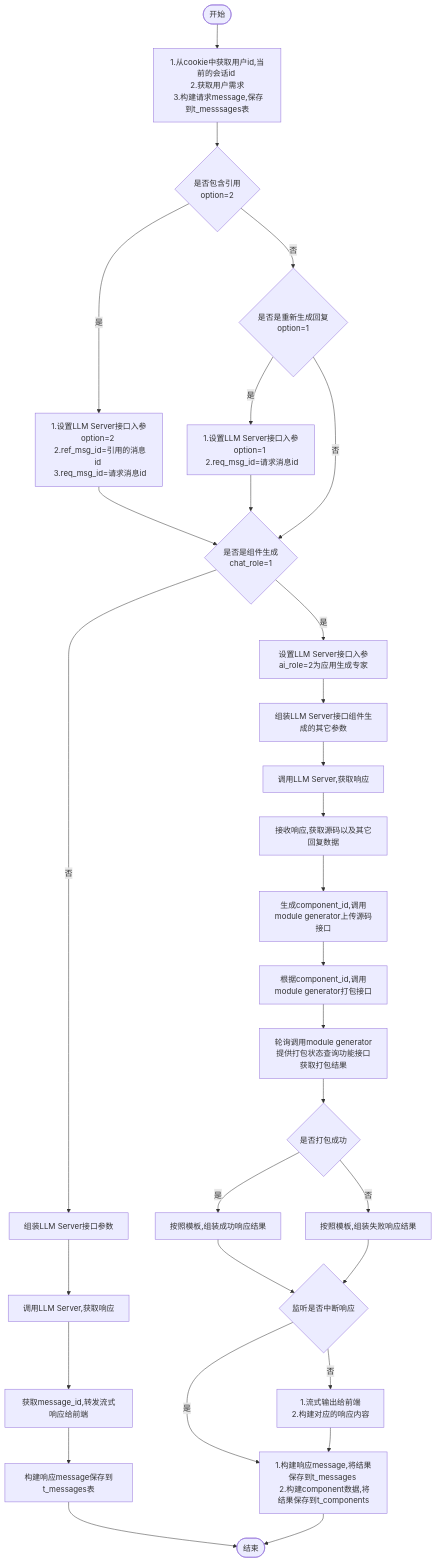
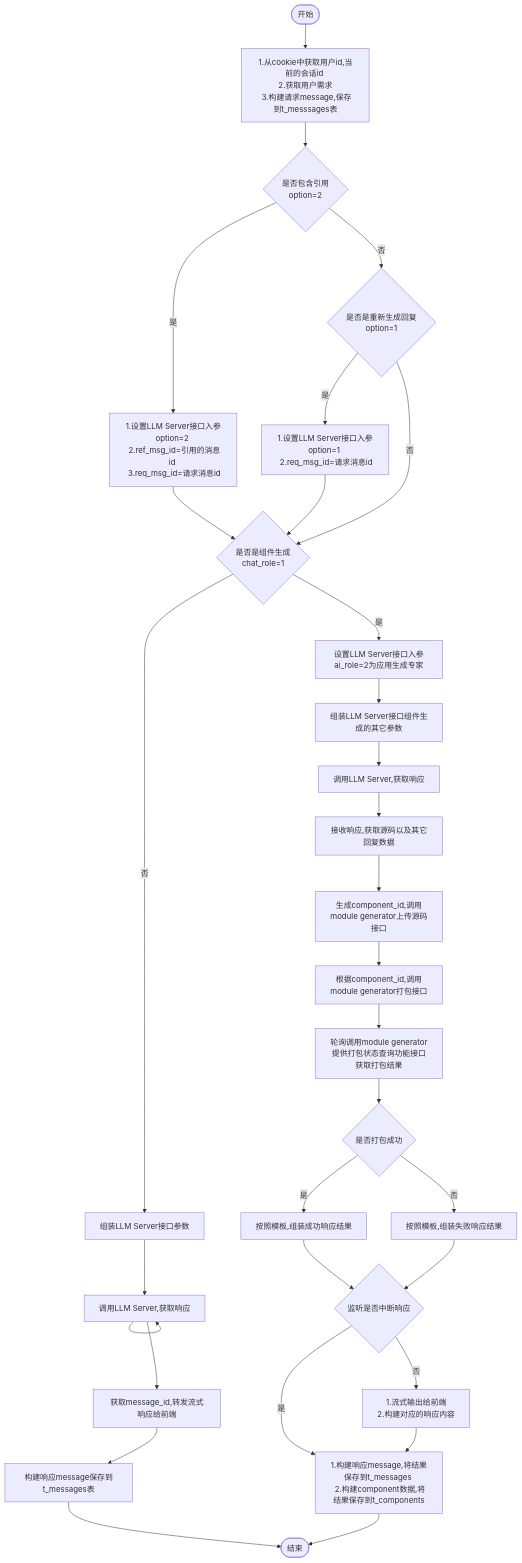
The diagram in all/未命名-8.md (yingjianzh/iodraw-files), drawn with Mermaid before and after one commit.

Commit message:
2024-10-16 09:17:31 update

````diff
--- a/all/未命名-8.md
+++ b/all/未命名-8.md
@@ -1,37 +1,37 @@
 ```mermaid
 flowchart TD
     A([开始]) --> B[1.从cookie中获取用户id,当前的会话id \n 2.获取用户需求 \n 3.构建请求message,保存到t_messsages表]
     B--> D{是否包含引用 \n option=2}
     D -- 是 --> E[1.设置LLM Server接口入参option=2 \n 2.ref_msg_id=引用的消息id \n 3.req_msg_id=请求消息id]
     D -- 否 --> F{是否是重新生成回复\n option=1}
     F -- 是 --> G[1.设置LLM Server接口入参option=1 \n 2.req_msg_id=请求消息id]
     F -- 否 --> I
      
     E & G --> I{是否是组件生成 \n chat_role=1}
     I -- 否 --> M[组装LLM Server接口参数] 
     I -- 是 --> J[设置LLM Server接口入参ai_role=2为应用生成专家]
     
 
     J --> L[组装LLM Server接口组件生成的其它参数]    
     M --> N[调用LLM Server,获取响应]
-        
+    N -->    
     N --> O[获取message_id,转发流式响应给前端]
     O --> P[构建响应message保存到t_messages表]
     P --> R([结束])
 
 
     L --> S[调用LLM Server,获取响应]
     S --> T[接收响应,获取源码以及其它回复数据]
     T --> U[生成component_id,调用module generator上传源码接口]
     U --> V[根据component_id,调用module generator打包接口]
     V --> W[轮询调用module generator提供打包状态查询功能接口获取打包结果]
     W --> X{是否打包成功}
     X -- 是 --> Y[按照模板,组装成功响应结果]
     X -- 否 --> Z[按照模板,组装失败响应结果]
     Y & Z --> Done{监听是否中断响应}
     Done -- 是 --> Result
     Done -- 否 --> OutPut[1.流式输出给前端 \n 2.构建对应的响应内容]
 
     OutPut --> Result[1.构建响应message,将结果保存到t_messages \n 2.构建component数据,将结果保存到t_components]
     Result --> R
 ```
````
